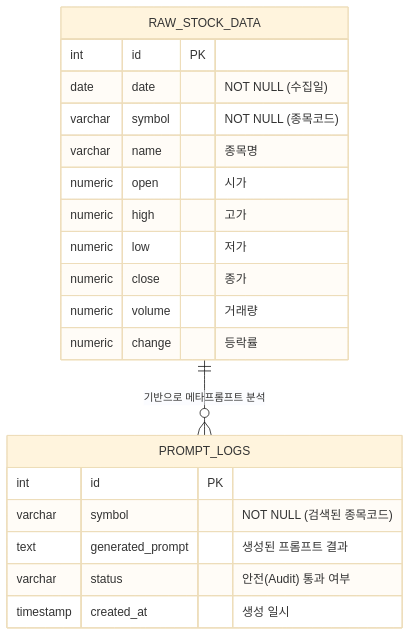
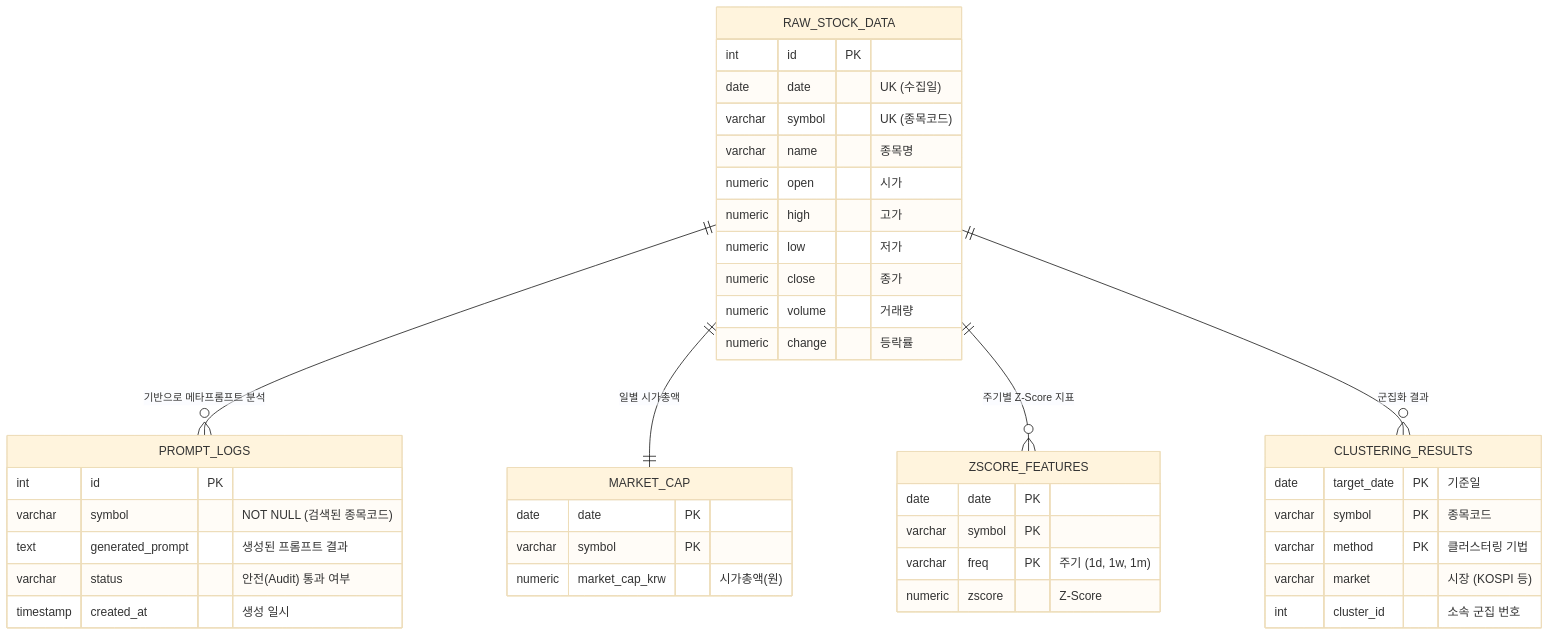
One commit to hugingstar/ggeolmu changed the second of 2 diagrams in README.md. Above: the diagram before and after it, drawn with Mermaid (base theme). The commit also changed 976 other files, not shown here.

Commit message:
Update ER diagram in README and add gitignore

````diff
--- a/README.md
+++ b/README.md
@@ -85,25 +85,49 @@
 ```mermaid
 erDiagram
     RAW_STOCK_DATA {
       int id PK
-      date date "NOT NULL (수집일)"
-      varchar symbol "NOT NULL (종목코드)"
+      date date "UK (수집일)"
+      varchar symbol "UK (종목코드)"
       varchar name "종목명"
       numeric open "시가"
       numeric high "고가"
       numeric low "저가"
       numeric close "종가"
       numeric volume "거래량"
       numeric change "등락률"
     }
     
     PROMPT_LOGS {
       int id PK
       varchar symbol "NOT NULL (검색된 종목코드)"
       text generated_prompt "생성된 프롬프트 결과"
       varchar status "안전(Audit) 통과 여부"
       timestamp created_at "생성 일시"
     }
 
+    MARKET_CAP {
+      date date PK
+      varchar symbol PK
+      numeric market_cap_krw "시가총액(원)"
+    }
+
+    ZSCORE_FEATURES {
+      date date PK
+      varchar symbol PK
+      varchar freq PK "주기 (1d, 1w, 1m)"
+      numeric zscore "Z-Score"
+    }
+
+    CLUSTERING_RESULTS {
+      date target_date PK "기준일"
+      varchar symbol PK "종목코드"
+      varchar method PK "클러스터링 기법"
+      varchar market "시장 (KOSPI 등)"
+      int cluster_id "소속 군집 번호"
+    }
+
     RAW_STOCK_DATA ||--o{ PROMPT_LOGS : "기반으로 메타프롬프트 분석"
+    RAW_STOCK_DATA ||--|| MARKET_CAP : "일별 시가총액"
+    RAW_STOCK_DATA ||--o{ ZSCORE_FEATURES : "주기별 Z-Score 지표"
+    RAW_STOCK_DATA ||--o{ CLUSTERING_RESULTS : "군집화 결과"
 ```
````
